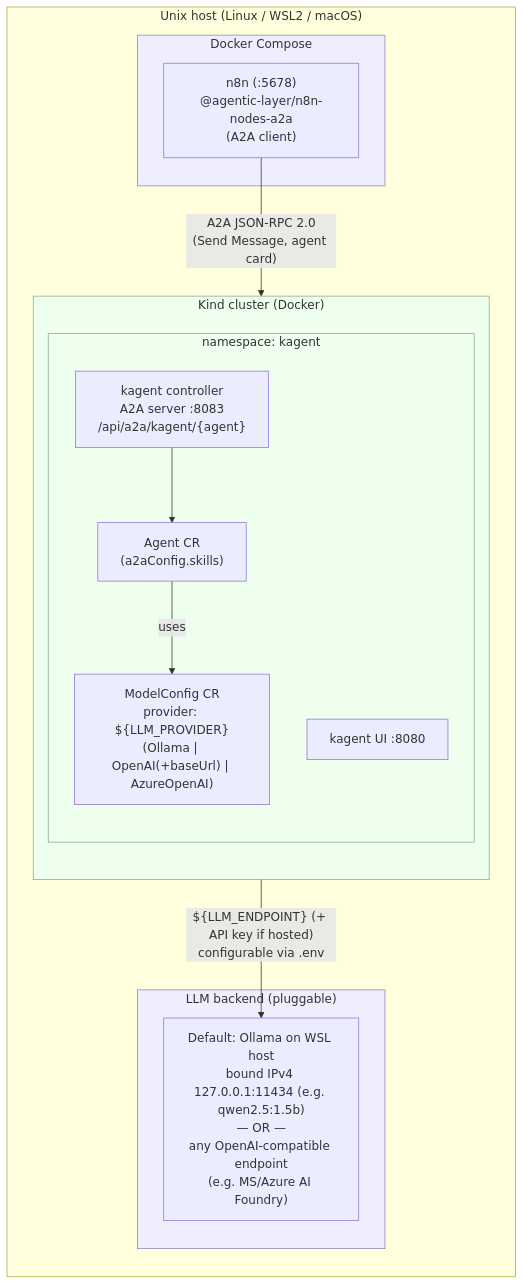
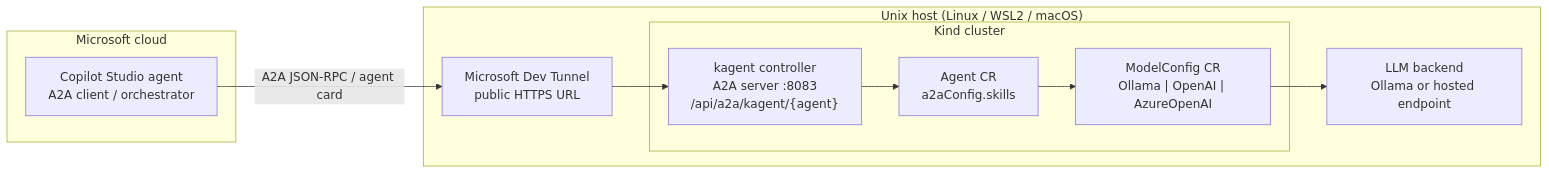
Before and after one commit to syedhassaanahmed/kagent-copilot: the diagram in IMPLEMENTATION_PLAN.md, drawn with Mermaid. The commit also changed other lines of this file and 31 other files, not shown here.

First line of the commit message:
feat: migrate demo to Copilot Studio A2A client

````diff
--- a/IMPLEMENTATION_PLAN.md
+++ b/IMPLEMENTATION_PLAN.md
@@ -53,34 +34,22 @@
 ```mermaid
 flowchart LR
-    subgraph WSL["Unix host (Linux / WSL2 / macOS)"]
-        direction TB
-
-        subgraph LLM["LLM backend (pluggable)"]
-            MODEL["Default: Ollama on WSL host\nbound IPv4 127.0.0.1:11434 (e.g. qwen2.5:1.5b)\n— OR —\nany OpenAI-compatible endpoint\n(e.g. MS/Azure AI Foundry)"]
-        end
-
-        subgraph Compose["Docker Compose"]
-            N8N["n8n (:5678)\n@agentic-layer/n8n-nodes-a2a\n(A2A client)"]
-        end
-
-        subgraph Kind["Kind cluster (Docker)"]
-            direction TB
-            subgraph KNS["namespace: kagent"]
-                CTRL["kagent controller\nA2A server :8083\n/api/a2a/kagent/{agent}"]
-                AGENT["Agent CR\n(a2aConfig.skills)"]
-                MODELCFG["ModelConfig CR\nprovider: ${LLM_PROVIDER}\n(Ollama | OpenAI(+baseUrl) | AzureOpenAI)"]
-                UI["kagent UI :8080"]
-            end
-        end
+    subgraph Cloud["Microsoft cloud"]
+        COPILOT["Copilot Studio agent\nA2A client / orchestrator"]
     end
 
-    N8N -- "A2A JSON-RPC 2.0\n(Send Message, agent card)" --> CTRL
+    subgraph Host["Unix host (Linux / WSL2 / macOS)"]
+        TUNNEL["Microsoft Dev Tunnel\npublic HTTPS URL"]
+        subgraph Kind["Kind cluster"]
+            CTRL["kagent controller\nA2A server :8083\n/api/a2a/kagent/{agent}"]
+            AGENT["Agent CR\na2aConfig.skills"]
+            MODELCFG["ModelConfig CR\nOllama | OpenAI | AzureOpenAI"]
+        end
+        LLM["LLM backend\nOllama or hosted endpoint"]
+    end
+
+    COPILOT -- "A2A JSON-RPC / agent card" --> TUNNEL
+    TUNNEL --> CTRL
     CTRL --> AGENT
-    AGENT -- "uses" --> MODELCFG
-    MODELCFG -- "${LLM_ENDPOINT} (+ API key if hosted)\nconfigurable via .env" --> MODEL
-
-    classDef host fill:#eef,stroke:#88a;
-    classDef k8s fill:#efe,stroke:#8a8;
-    class LLM,Compose host;
-    class Kind,KNS k8s;
+    AGENT --> MODELCFG
+    MODELCFG --> LLM
 ```
````
